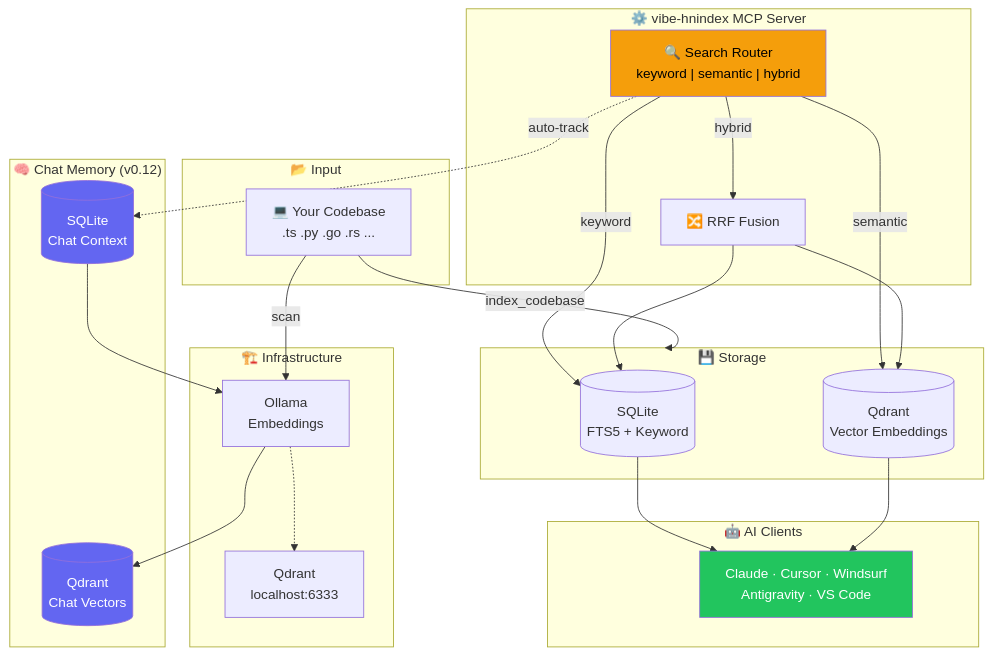
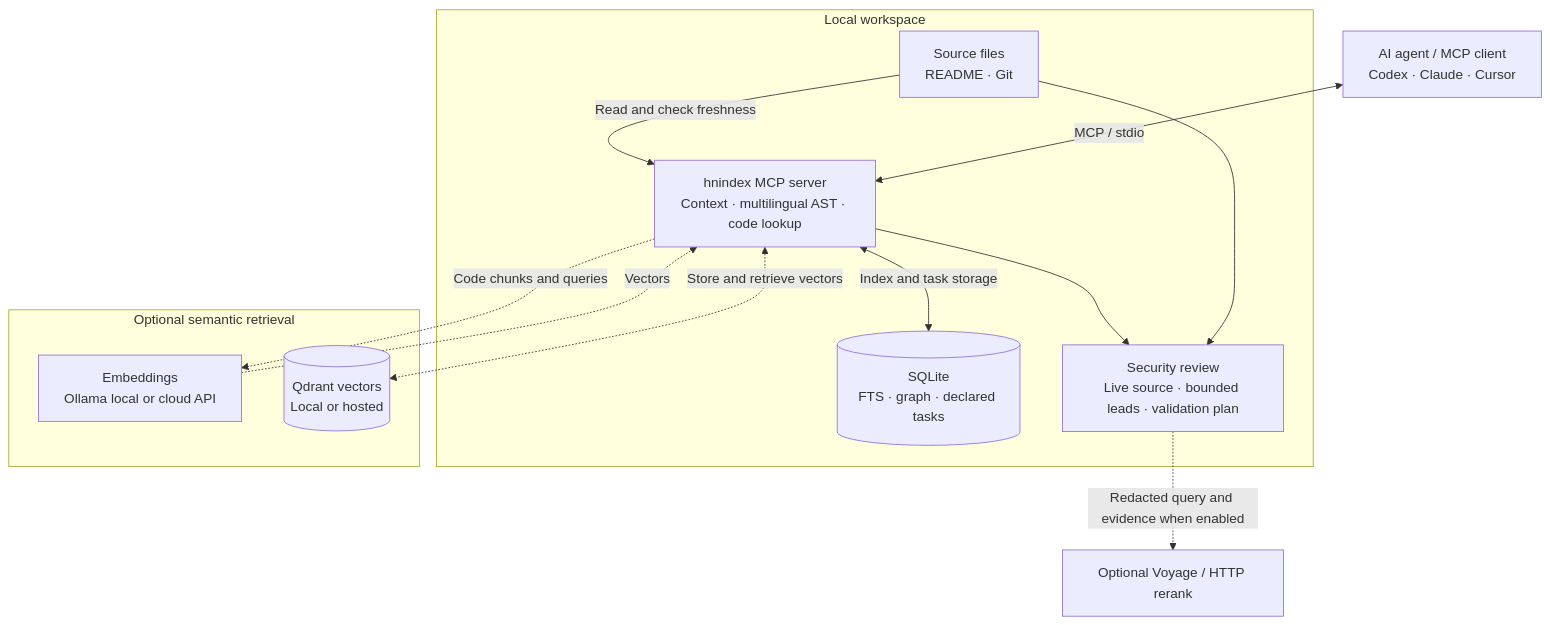
Before and after one commit to AndyAnh174/vibe-hnindex: the diagram in README.md, drawn with Mermaid. The commit also changed other lines of this file and 42 other files, not shown here.

Commit message:
feat: v0.16.1 multilingual AST code graph and release synchronization (#25)

````diff
--- a/README.md
+++ b/README.md
@@ -177,49 +182,25 @@
 ```mermaid
-graph TB
-    subgraph Input["📂 Input"]
-        A["💻 Your Codebase<br/>.ts .py .go .rs ..."]
+flowchart TB
+    accTitle: hnindex system architecture
+    accDescr: An MCP agent calls a local hnindex server with workspace files and SQLite storage. Semantic retrieval optionally uses embeddings and Qdrant.
+    agent_client["AI agent / MCP client<br/>Codex · Claude · Cursor"]
+    subgraph local_workspace["Local workspace"]
+        hnindex_server["hnindex MCP server<br/>Context · multilingual AST · code lookup"]
+        project_files["Source files<br/>README · Git"]
+        sqlite_store[("SQLite<br/>FTS · graph · declared tasks")]
+        security_review["Security review<br/>Live source · bounded leads · validation plan"]
+        hnindex_server --> security_review
+        project_files --> security_review
+        project_files -->|Read and check freshness| hnindex_server
+        hnindex_server <-->|Index and task storage| sqlite_store
     end
-
-    subgraph Server["⚙️ vibe-hnindex MCP Server"]
-        B["🔍 Search Router<br/>keyword | semantic | hybrid"]
-        C["🔀 RRF Fusion"]
+    subgraph semantic_services["Optional semantic retrieval"]
+        embedding_provider["Embeddings<br/>Ollama local or cloud API"]
+        qdrant_store[("Qdrant vectors<br/>Local or hosted")]
     end
-
-    subgraph Storage["💾 Storage"]
-        D[("SQLite<br/>FTS5 + Keyword")]
-        E[("Qdrant<br/>Vector Embeddings")]
-    end
-
-    subgraph Memory["🧠 Chat Memory (v0.12)"]
-        F[("SQLite<br/>Chat Context")]
-        G[("Qdrant<br/>Chat Vectors")]
-    end
-
-    subgraph Infra["🏗️ Infrastructure"]
-        H["Ollama<br/>Embeddings"]
-        I["Qdrant<br/>localhost:6333"]
-    end
-
-    subgraph Output["🤖 AI Clients"]
-        J["Claude · Cursor · Windsurf<br/>Antigravity · VS Code"]
-    end
-
-    A -->|"index_codebase"| Storage
-    A -->|scan| H
-    B -->|"keyword"| D
-    B -->|"semantic"| E
-    B -->|"hybrid"| C
-    C --> D
-    C --> E
-    B -.->|"auto-track"| F
-    F --> H
-    H --> G
-    D --> J
-    E --> J
-    H -.-> I
-
-    style F fill:#6366f1,color:#fff
-    style G fill:#6366f1,color:#fff
-    style B fill:#f59e0b,color:#000
-    style J fill:#22c55e,color:#fff
+    agent_client <-->|MCP / stdio| hnindex_server
+    hnindex_server -.->|Code chunks and queries| embedding_provider
+    embedding_provider -.->|Vectors| hnindex_server
+    hnindex_server <-.->|Store and retrieve vectors| qdrant_store
+    security_review -.->|Redacted query and evidence when enabled| reranker["Optional Voyage / HTTP rerank"]
 ```
````
